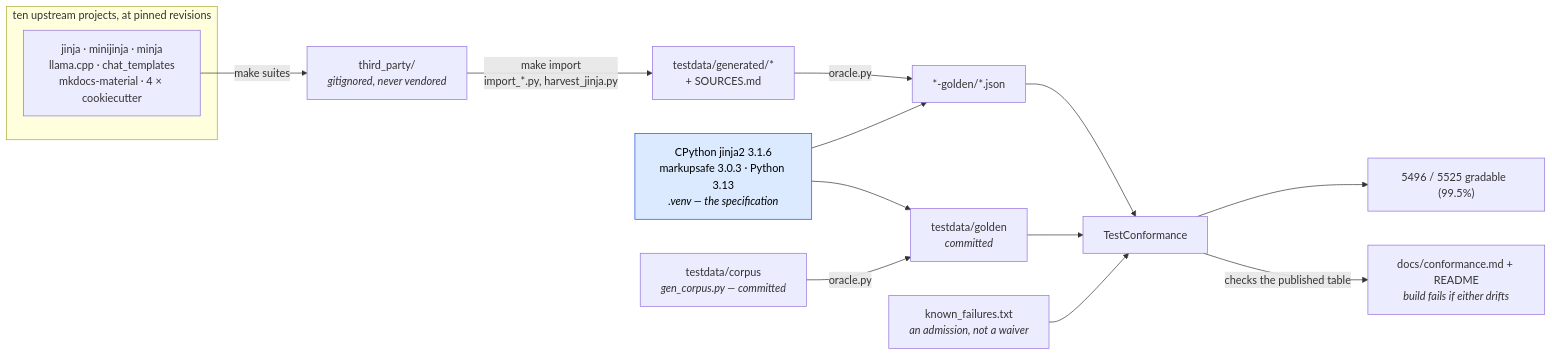
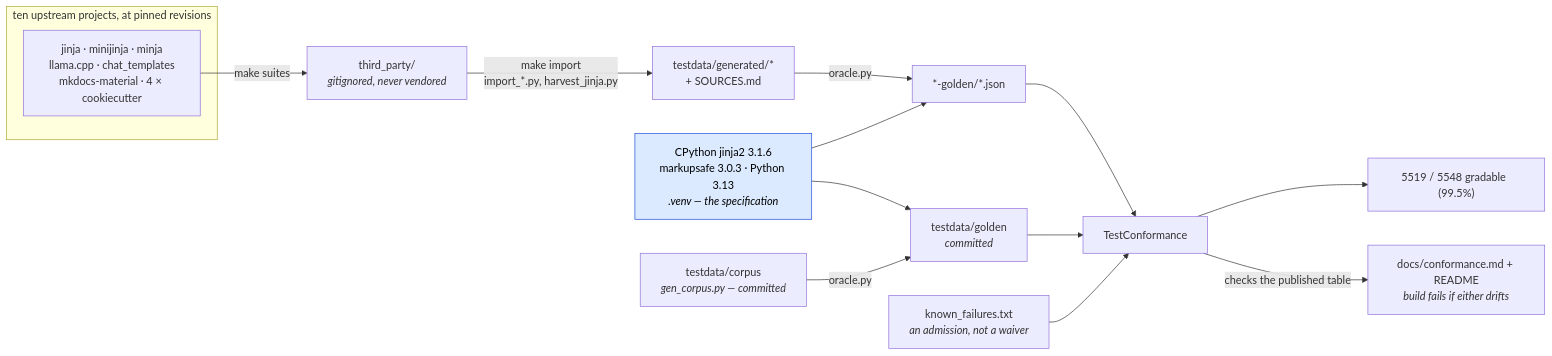
One commit to mgilbir/gojja2 changed the first of 2 diagrams in docs/conformance.md. Above: the diagram before and after it, drawn with Mermaid. The commit also changed other lines of this file and 78 other files, not shown here.

````diff
--- a/docs/conformance.md
+++ b/docs/conformance.md
@@ -17,24 +17,24 @@
 ```mermaid
 flowchart LR
     subgraph up["ten upstream projects, at pinned revisions"]
         U1["jinja · minijinja · minja<br/>llama.cpp · chat_templates<br/>mkdocs-material · 4 × cookiecutter"]
     end
     U1 -->|"make suites"| TP["third_party/<br/><i>gitignored, never vendored</i>"]
     TP -->|"make import<br/>import_*.py, harvest_jinja.py"| GEN["testdata/generated/*<br/>+ SOURCES.md"]
 
     ORA["CPython jinja2 3.1.6<br/>markupsafe 3.0.3 · Python 3.13<br/><i>.venv — the specification</i>"]
     GEN -->|"oracle.py"| G2["*-golden/*.json"]
     ORA --> G2
 
     OWN["testdata/corpus<br/><i>gen_corpus.py — committed</i>"] -->|"oracle.py"| G1["testdata/golden<br/><i>committed</i>"]
     ORA --> G1
 
     G1 --> TC["TestConformance"]
     G2 --> TC
     KF["known_failures.txt<br/><i>an admission, not a waiver</i>"] --> TC
-    TC --> RATE["5496 / 5525 gradable  (99.5%)"]
+    TC --> RATE["5519 / 5548 gradable  (99.5%)"]
     TC -->|"checks the published table"| RM["docs/conformance.md + README<br/><i>build fails if either drifts</i>"]
 
     classDef spec fill:#dbeafe,stroke:#1d4ed8,color:#000
     class ORA spec
 ```
````
